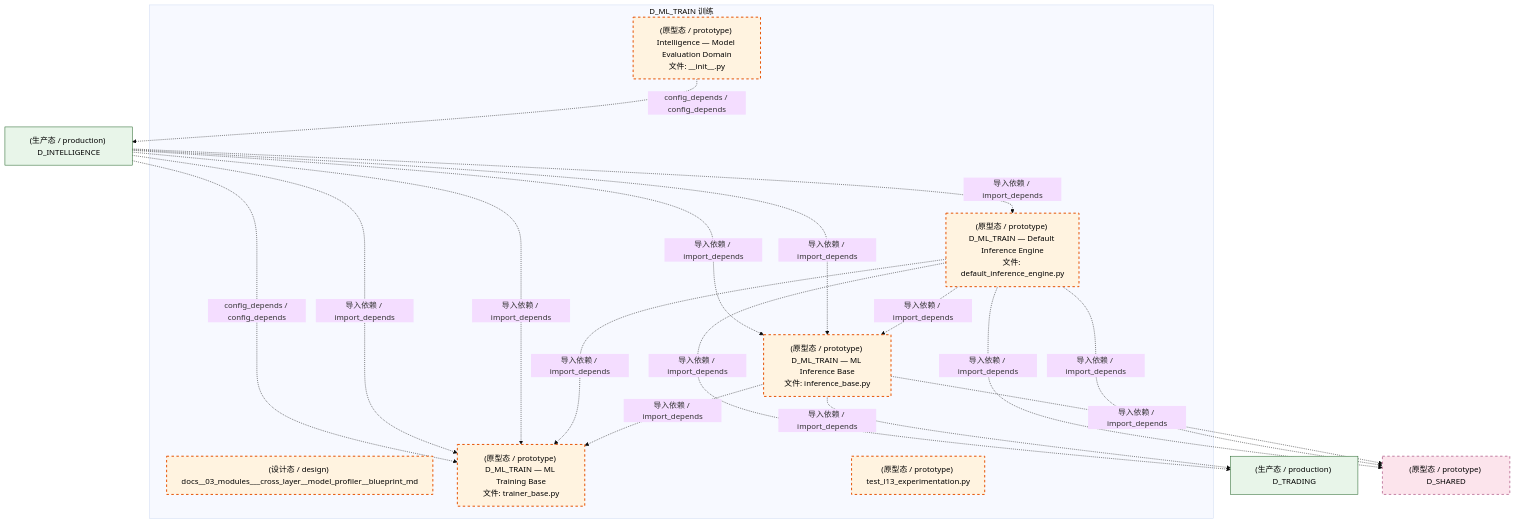
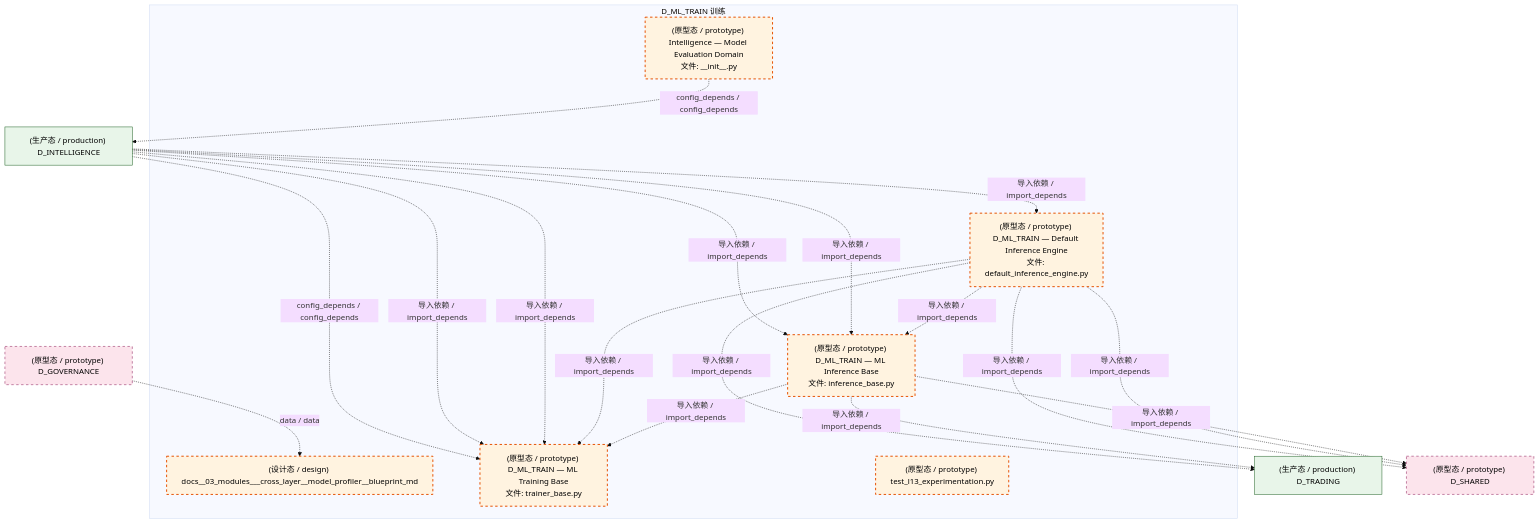
One commit to xuanFelixVan/ZephyrAlpha changed the first of 4 diagrams in docs/02_enterprise_architecture/02_domain_architecture_docs/50_d_ml_train.md. Above: the diagram before and after it, drawn with Mermaid (base theme). The commit also changed other lines of this file and 85 other files, not shown here.

````diff
--- a/docs/02_enterprise_architecture/02_domain_architecture_docs/50_d_ml_train.md
+++ b/docs/02_enterprise_architecture/02_domain_architecture_docs/50_d_ml_train.md
@@ -74,36 +74,38 @@
 ```mermaid
 graph TD
     subgraph D_ML_TRAIN["D_ML_TRAIN 训练"]
         docs_03_modules_cross_layer_model_profiler_blueprint_md["(设计态 / design) docs__03_modules___cross_layer__model_profiler__blueprint_md"]
         src_zephyr_intelligence_model_evaluation_init_py["(原型态 / prototype) Intelligence — Model Evaluation Domain<br/>文件: __init__.py"]
         src_zephyr_ml_train_implementations_default_inference_engine_py["(原型态 / prototype) D_ML_TRAIN — Default Inference Engine<br/>文件: default_inference_engine.py"]
         src_zephyr_ml_train_inference_base_py["(原型态 / prototype) D_ML_TRAIN — ML Inference Base<br/>文件: inference_base.py"]
         src_zephyr_ml_train_trainer_base_py["(原型态 / prototype) D_ML_TRAIN — ML Training Base<br/>文件: trainer_base.py"]
         tests_ml_experiment_test_l13_experimentation_py["(原型态 / prototype) test_l13_experimentation.py"]
     end
     src_zephyr_ml_train_inference_base_py -.->|导入依赖 / import_depends| src_zephyr_ml_train_trainer_base_py
     src_zephyr_ml_train_implementations_default_inference_engine_py -.->|导入依赖 / import_depends| src_zephyr_ml_train_trainer_base_py
     src_zephyr_ml_train_implementations_default_inference_engine_py -.->|导入依赖 / import_depends| src_zephyr_ml_train_inference_base_py
     D_INTELLIGENCE["(生产态 / production) D_INTELLIGENCE"]
     src_zephyr_intelligence_model_evaluation_init_py -.->|config_depends / config_depends| D_INTELLIGENCE
     D_TRADING["(生产态 / production) D_TRADING"]
     src_zephyr_ml_train_inference_base_py -.->|导入依赖 / import_depends| D_TRADING
     D_SHARED["(原型态 / prototype) D_SHARED"]
     src_zephyr_ml_train_inference_base_py -.->|导入依赖 / import_depends| D_SHARED
     src_zephyr_ml_train_implementations_default_inference_engine_py -.->|导入依赖 / import_depends| D_SHARED
     src_zephyr_ml_train_implementations_default_inference_engine_py -.->|导入依赖 / import_depends| D_SHARED
     src_zephyr_ml_train_implementations_default_inference_engine_py -.->|导入依赖 / import_depends| D_TRADING
+    D_INTELLIGENCE -.->|导入依赖 / import_depends| src_zephyr_ml_train_inference_base_py
     D_INTELLIGENCE -.->|导入依赖 / import_depends| src_zephyr_ml_train_trainer_base_py
-    D_INTELLIGENCE -.->|导入依赖 / import_depends| src_zephyr_ml_train_inference_base_py
     D_INTELLIGENCE -.->|导入依赖 / import_depends| src_zephyr_ml_train_inference_base_py
     D_INTELLIGENCE -.->|导入依赖 / import_depends| src_zephyr_ml_train_implementations_default_inference_engine_py
     D_INTELLIGENCE -.->|导入依赖 / import_depends| src_zephyr_ml_train_trainer_base_py
     D_INTELLIGENCE -.->|config_depends / config_depends| src_zephyr_ml_train_trainer_base_py
+    D_GOVERNANCE["(原型态 / prototype) D_GOVERNANCE"]
+    D_GOVERNANCE -.->|data / data| docs_03_modules_cross_layer_model_profiler_blueprint_md
     classDef production fill:#e1f5fe,stroke:#01579b,stroke-width:2px,color:#000
     classDef design fill:#fff3e0,stroke:#e65100,stroke-width:2px,color:#000,stroke-dasharray: 5 5
     classDef external_prod fill:#e8f5e9,stroke:#1b5e20,stroke-width:1px,color:#000
     classDef external_design fill:#fce4ec,stroke:#880e4f,stroke-width:1px,color:#000,stroke-dasharray: 5 5
     class docs_03_modules_cross_layer_model_profiler_blueprint_md,src_zephyr_intelligence_model_evaluation_init_py,src_zephyr_ml_train_implementations_default_inference_engine_py,src_zephyr_ml_train_inference_base_py,src_zephyr_ml_train_trainer_base_py,tests_ml_experiment_test_l13_experimentation_py design
     class D_INTELLIGENCE,D_TRADING external_prod
-    class D_SHARED external_design
+    class D_SHARED,D_GOVERNANCE external_design
 ```
````
